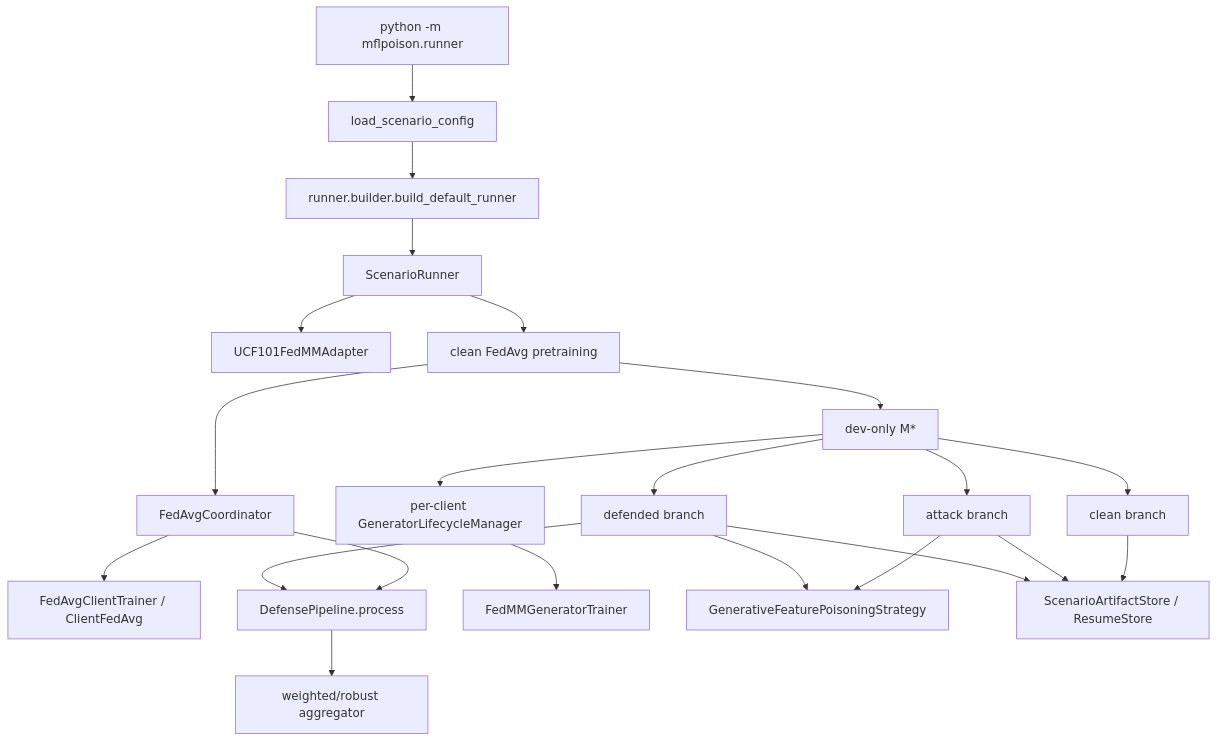
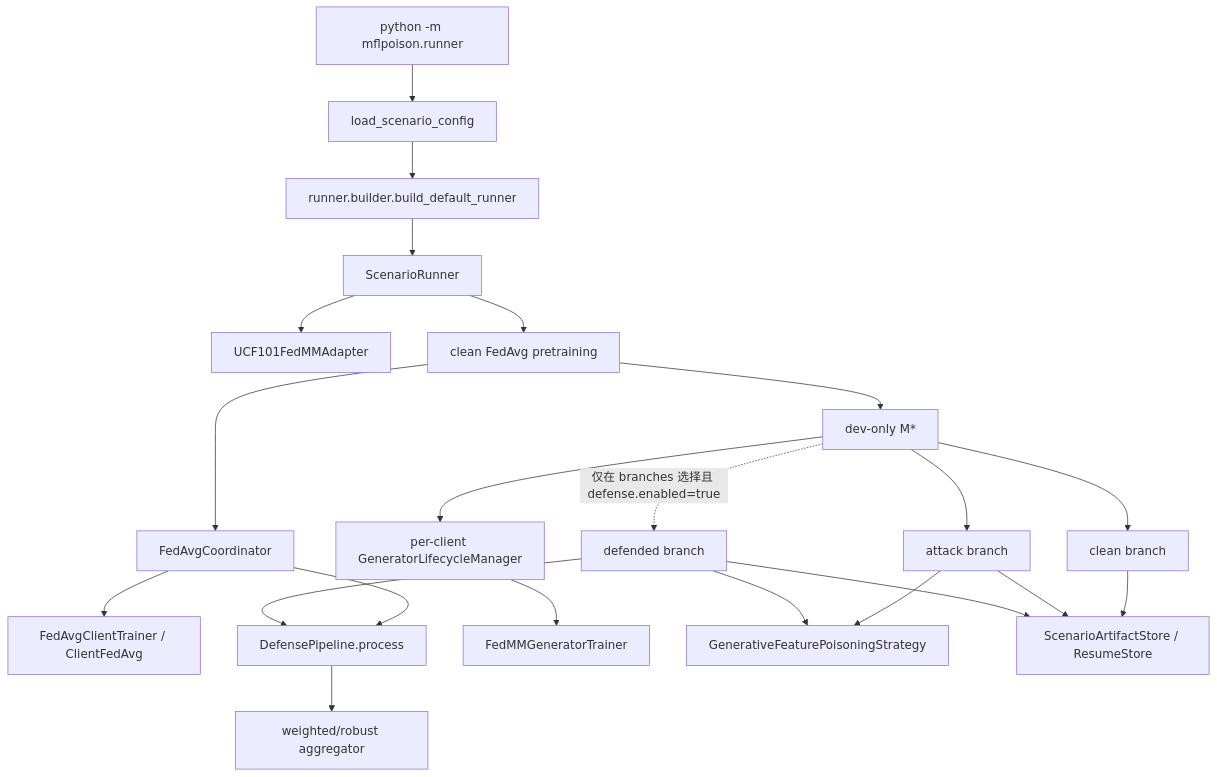
One commit to softmountain/mflpoison changed the diagram in docs/CURRENT_PIPELINE_STRUCTURE.md. Above: the diagram before and after it, drawn with Mermaid. The commit also changed other lines of this file and 27 other files, not shown here.

````diff
--- a/docs/CURRENT_PIPELINE_STRUCTURE.md
+++ b/docs/CURRENT_PIPELINE_STRUCTURE.md
@@ -26,24 +30,24 @@
 ```mermaid
 flowchart TD
     CLI["python -m mflpoison.runner"] --> Config["load_scenario_config"]
     Config --> Builder["runner.builder.build_default_runner"]
     Builder --> Scenario["ScenarioRunner"]
     Scenario --> Adapter["UCF101FedMMAdapter"]
     Scenario --> Pretrain["clean FedAvg pretraining"]
     Pretrain --> Coordinator["FedAvgCoordinator"]
     Coordinator --> Client["FedAvgClientTrainer / ClientFedAvg"]
     Coordinator --> Pipeline["DefensePipeline.process"]
     Pipeline --> Aggregate["weighted/robust aggregator"]
     Pretrain --> MStar["dev-only M*"]
     MStar --> Lifecycle["per-client GeneratorLifecycleManager"]
     Lifecycle --> Generator["FedMMGeneratorTrainer"]
     MStar --> Clean["clean branch"]
     MStar --> Attack["attack branch"]
-    MStar --> Defended["defended branch"]
+    MStar -. "仅在 branches 选择且 defense.enabled=true" .-> Defended["defended branch"]
     Attack --> Strategy["GenerativeFeaturePoisoningStrategy"]
     Defended --> Strategy
     Defended --> Pipeline
     Clean --> Store["ScenarioArtifactStore / ResumeStore"]
     Attack --> Store
     Defended --> Store
 ```
````
